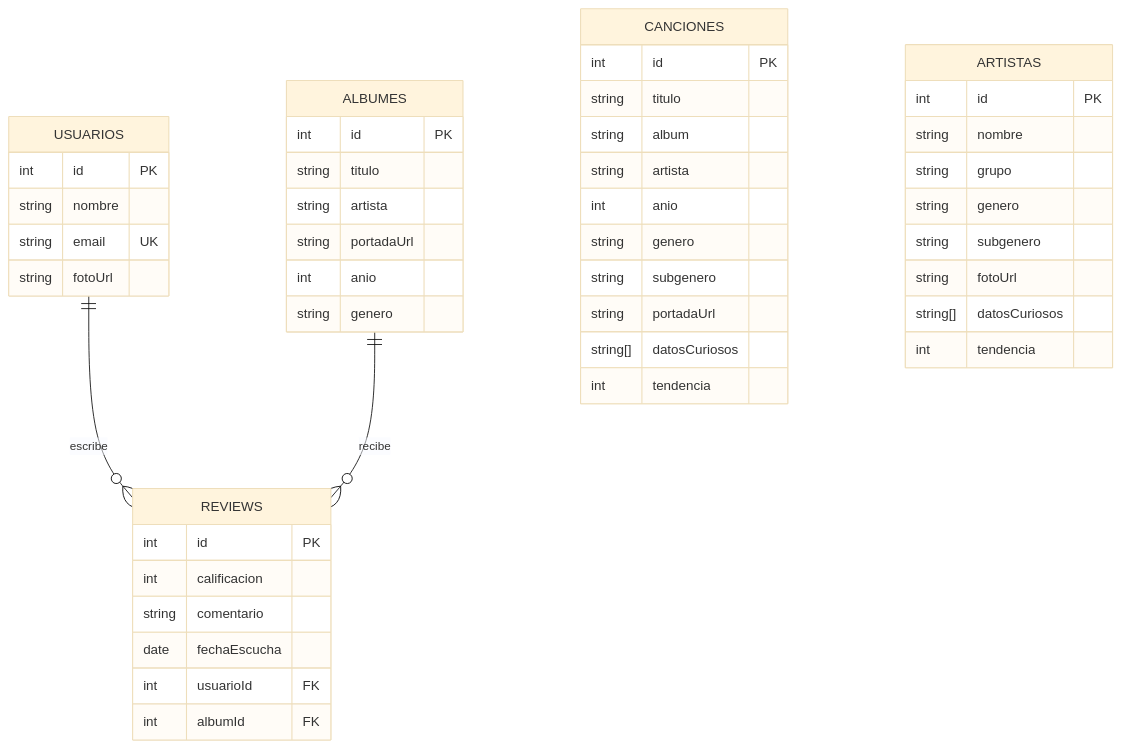
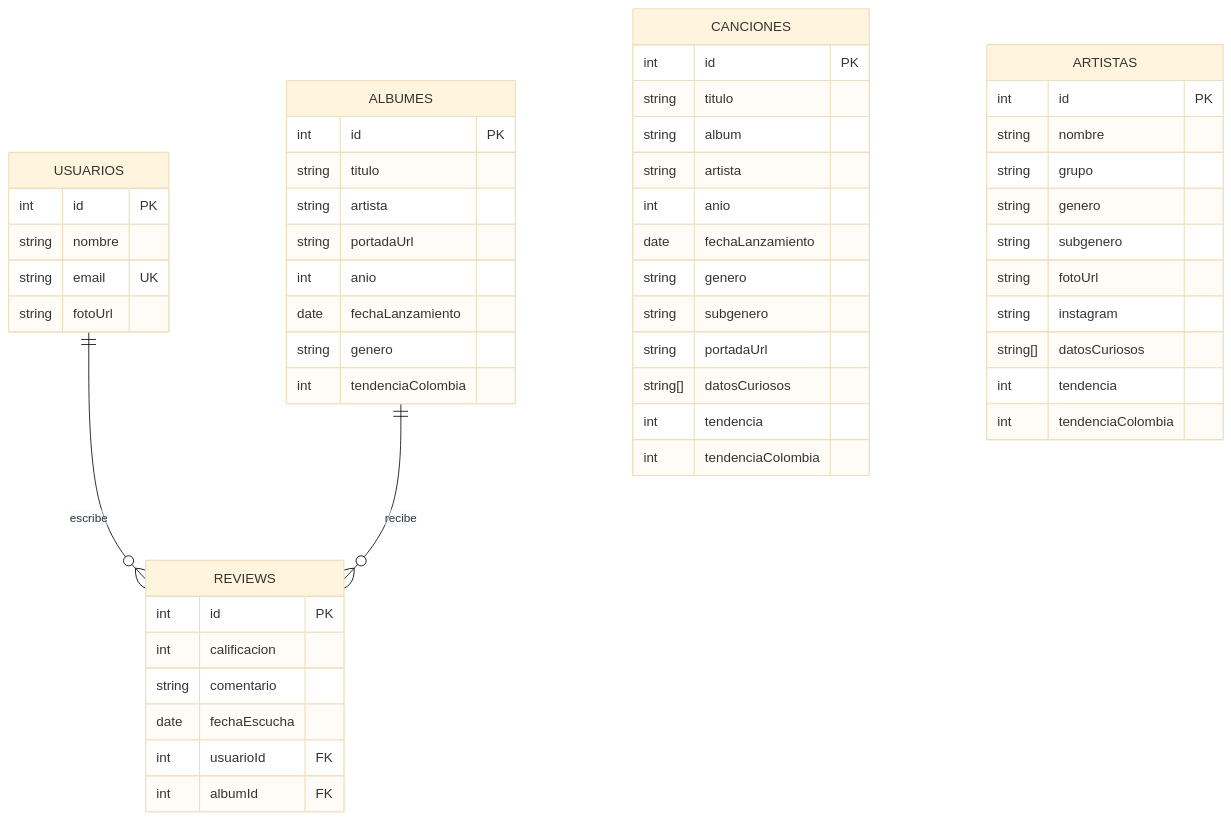
One commit to AndresContreras1/mixtapp-backend changed the first of 2 diagrams in README.md. Above: the diagram before and after it, drawn with Mermaid (base theme). The commit also changed other lines of this file, not shown here.

````diff
--- a/README.md
+++ b/README.md
@@ -33,49 +35,55 @@
 ```mermaid
 erDiagram
     USUARIOS ||--o{ REVIEWS : escribe
     ALBUMES ||--o{ REVIEWS : recibe
     USUARIOS {
         int id PK
         string nombre
         string email UK
         string fotoUrl
     }
     ALBUMES {
         int id PK
         string titulo
         string artista
         string portadaUrl
         int anio
+        date fechaLanzamiento
         string genero
+        int tendenciaColombia
     }
     REVIEWS {
         int id PK
         int calificacion
         string comentario
         date fechaEscucha
         int usuarioId FK
         int albumId FK
     }
     CANCIONES {
         int id PK
         string titulo
         string album
         string artista
         int anio
+        date fechaLanzamiento
         string genero
         string subgenero
         string portadaUrl
         string[] datosCuriosos
         int tendencia
+        int tendenciaColombia
     }
     ARTISTAS {
         int id PK
         string nombre
         string grupo
         string genero
         string subgenero
         string fotoUrl
+        string instagram
         string[] datosCuriosos
         int tendencia
+        int tendenciaColombia
     }
 ```
````
